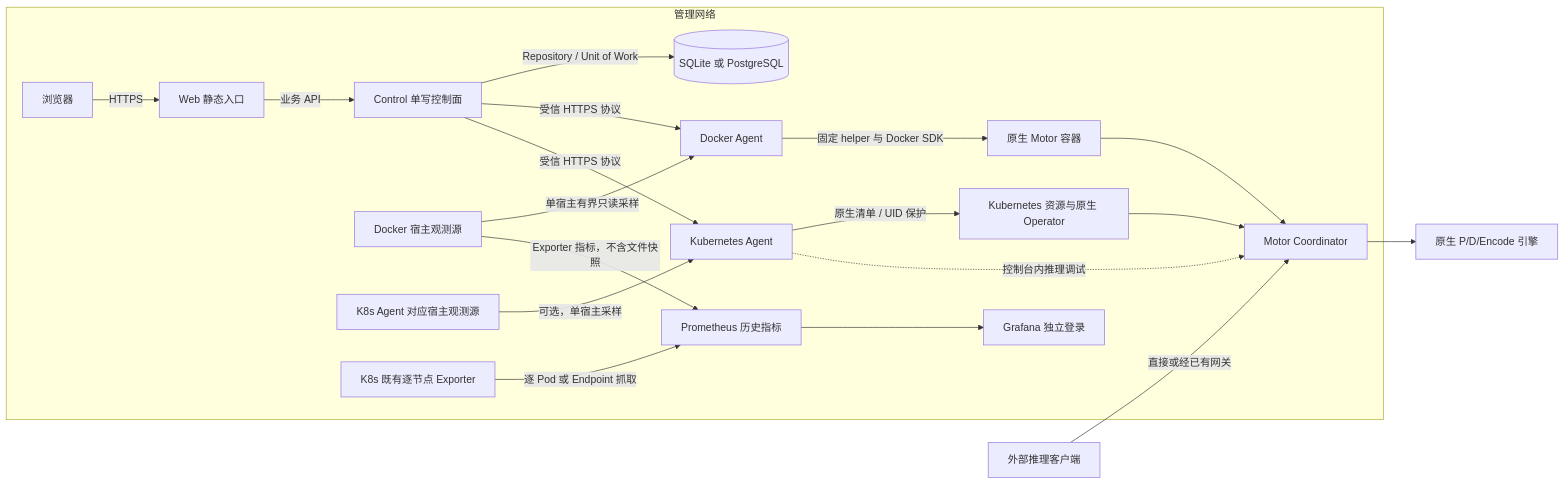
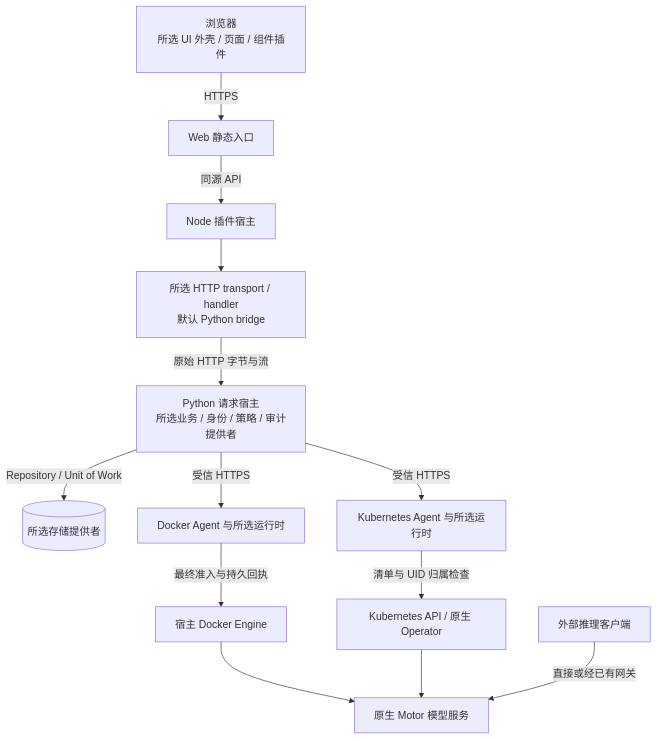
The first of 4 diagrams in web/ARCHITECTURE.md (ZhengDeL/MindIE-Motor-Console), drawn with Mermaid before and after one commit. The commit also changed other lines of this file and 167 other files, not shown here.

````diff
--- a/web/ARCHITECTURE.md
+++ b/web/ARCHITECTURE.md
@@ -7,22 +7,15 @@
 ```mermaid
-flowchart LR
-  subgraph 管理网络
-    U[浏览器] -->|HTTPS| W[Web 静态入口]
-    W -->|业务 API| C[Control 单写控制面]
-    C -->|Repository / Unit of Work| S[(SQLite 或 PostgreSQL)]
-    C -->|受信 HTTPS 协议| A[Docker Agent]
-    C -->|受信 HTTPS 协议| K[Kubernetes Agent]
-    A -->|固定 helper 与 Docker SDK| D[原生 Motor 容器]
-    K -->|原生清单 / UID 保护| R[Kubernetes 资源与原生 Operator]
-    K -. 控制台内推理调试 .-> M[Motor Coordinator]
-    E[Docker 宿主观测源] -->|单宿主有界只读采样| A
-    KE[K8s Agent 对应宿主观测源] -->|可选，单宿主采样| K
-    E -->|Exporter 指标，不含文件快照| P[Prometheus 历史指标]
-    CE[K8s 既有逐节点 Exporter] -->|逐 Pod 或 Endpoint 抓取| P
-    P --> G[Grafana 独立登录]
-  end
-  D --> M
-  R --> M
-  B[外部推理客户端] -->|直接或经已有网关| M
-  M --> I[原生 P/D/Encode 引擎]
+flowchart TB
+  B["浏览器<br/>所选 UI 外壳 / 页面 / 组件插件"] -->|HTTPS| W[Web 静态入口]
+  W -->|同源 API| H[Node 插件宿主]
+  H --> HP["所选 HTTP transport / handler<br/>默认 Python bridge"]
+  HP -->|原始 HTTP 字节与流| C["Python 请求宿主<br/>所选业务 / 身份 / 策略 / 审计提供者"]
+  C -->|Repository / Unit of Work| S[(所选存储提供者)]
+  C -->|受信 HTTPS| A[Docker Agent 与所选运行时]
+  C -->|受信 HTTPS| K[Kubernetes Agent 与所选运行时]
+  A -->|最终准入与持久回执| D[宿主 Docker Engine]
+  K -->|清单与 UID 归属检查| KA[Kubernetes API / 原生 Operator]
+  D --> M[原生 Motor 模型服务]
+  KA --> M
+  I[外部推理客户端] -->|直接或经已有网关| M
 ```
````
